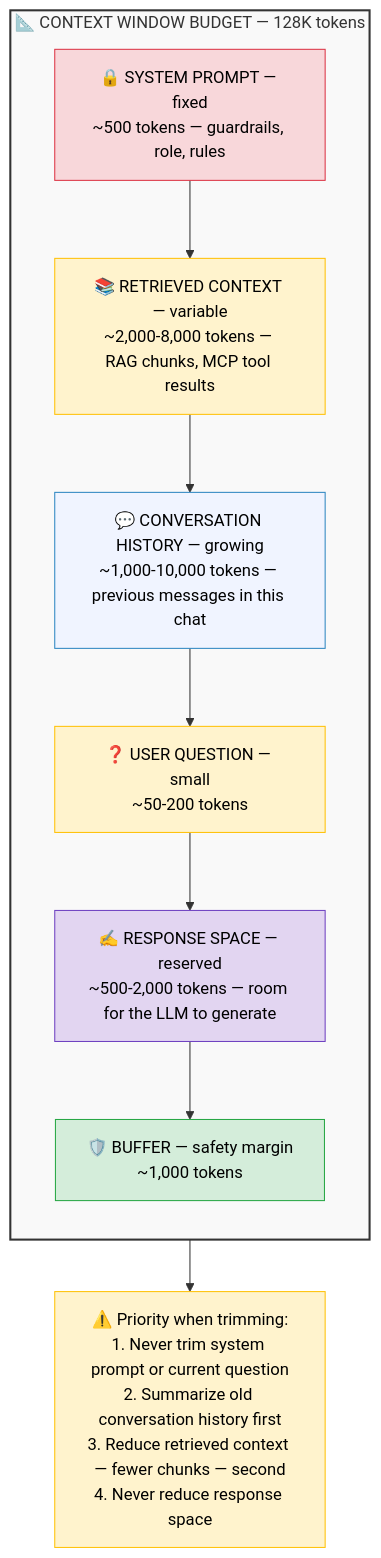
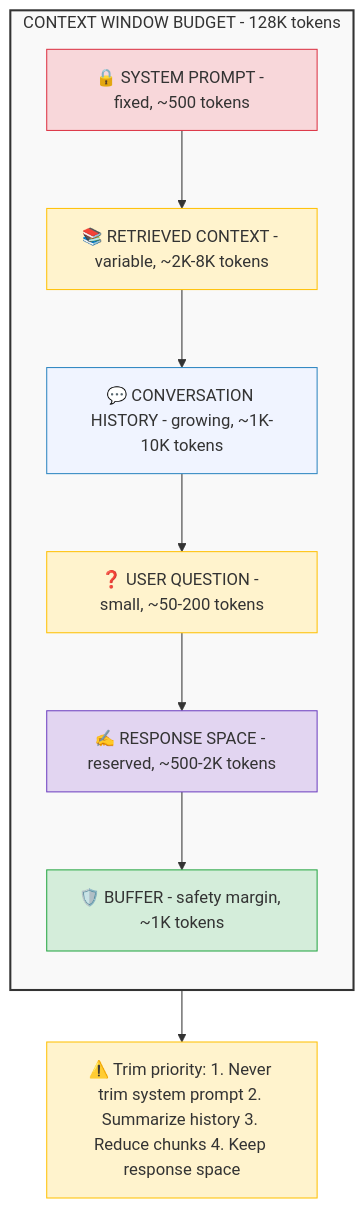
The third of 4 diagrams in docs/12-context-risks.md (ithinktavo/GenAI-Engineering-Handbook), drawn with Mermaid before and after one commit. The commit also changed other lines of this file and 9 other files, not shown here.

First line of the commit message:
Fix Mermaid rendering: remove emoji from subgraph titles and unsupported syntax

````diff
--- a/docs/12-context-risks.md
+++ b/docs/12-context-risks.md
@@ -206,26 +206,26 @@
 ```mermaid
 graph TD
-    subgraph budget["📐 CONTEXT WINDOW BUDGET — 128K tokens"]
+    subgraph budget["CONTEXT WINDOW BUDGET - 128K tokens"]
         direction TB
-        S["🔒 SYSTEM PROMPT — fixed\n~500 tokens — guardrails, role, rules"]
-        R["📚 RETRIEVED CONTEXT — variable\n~2,000-8,000 tokens — RAG chunks, MCP tool results"]
-        H["💬 CONVERSATION HISTORY — growing\n~1,000-10,000 tokens — previous messages in this chat"]
-        Q["❓ USER QUESTION — small\n~50-200 tokens"]
-        RS["✍️ RESPONSE SPACE — reserved\n~500-2,000 tokens — room for the LLM to generate"]
-        B["🛡️ BUFFER — safety margin\n~1,000 tokens"]
+        S["🔒 SYSTEM PROMPT - fixed, ~500 tokens"]
+        R["📚 RETRIEVED CONTEXT - variable, ~2K-8K tokens"]
+        H["💬 CONVERSATION HISTORY - growing, ~1K-10K tokens"]
+        Q["❓ USER QUESTION - small, ~50-200 tokens"]
+        RS["✍️ RESPONSE SPACE - reserved, ~500-2K tokens"]
+        B["🛡️ BUFFER - safety margin, ~1K tokens"]
 
         S --> R --> H --> Q --> RS --> B
     end
 
-    TRIM["⚠️ Priority when trimming:\n1. Never trim system prompt or current question\n2. Summarize old conversation history first\n3. Reduce retrieved context — fewer chunks — second\n4. Never reduce response space"]
+    TRIM["⚠️ Trim priority: 1. Never trim system prompt 2. Summarize history 3. Reduce chunks 4. Keep response space"]
     budget --> TRIM
 
-    style S fill:#f8d7da,stroke:#dc3545,color:#000
-    style R fill:#fff3cd,stroke:#ffc107,color:#000
-    style H fill:#f0f4ff,stroke:#2E86C1,color:#000
-    style Q fill:#fff3cd,stroke:#ffc107,color:#000
-    style RS fill:#e2d5f1,stroke:#6f42c1,color:#000
-    style B fill:#d4edda,stroke:#28a745,color:#000
-    style TRIM fill:#fff3cd,stroke:#ffc107,color:#000
+    style S fill:#f8d7da,stroke:#dc3545
+    style R fill:#fff3cd,stroke:#ffc107
+    style H fill:#f0f4ff,stroke:#2E86C1
+    style Q fill:#fff3cd,stroke:#ffc107
+    style RS fill:#e2d5f1,stroke:#6f42c1
+    style B fill:#d4edda,stroke:#28a745
+    style TRIM fill:#fff3cd,stroke:#ffc107
     style budget fill:#f9f9f9,stroke:#333,stroke-width:2px
 ```
````
